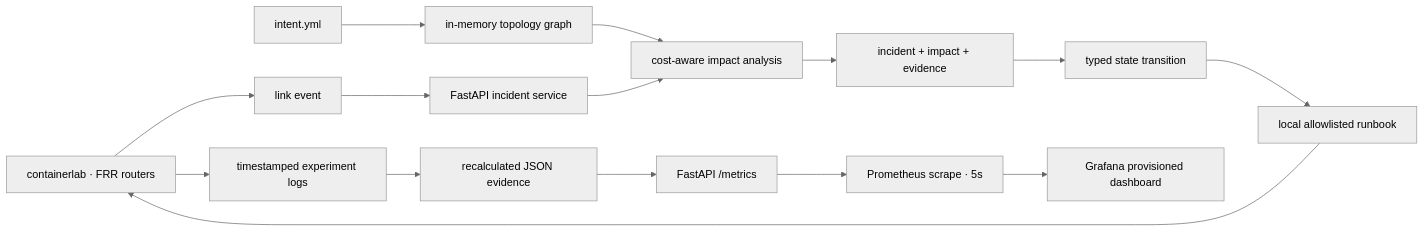
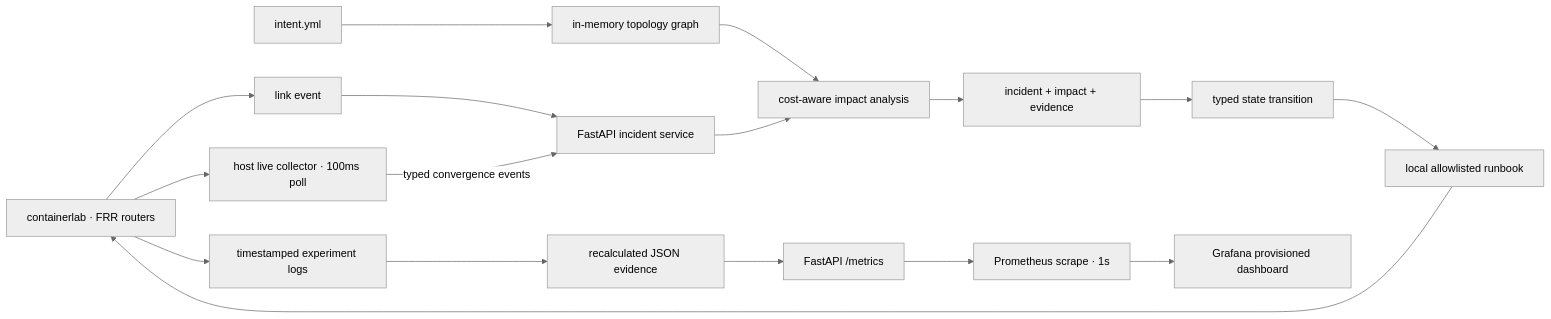
The first of 2 diagrams in docs/ARCHITECTURE.md (teriyakki-jin/telconet-sentinel), drawn with Mermaid (neutral theme) before and after one commit. The commit also changed other lines of this file and 14 other files, not shown here.

First line of the commit message:
feat: add live convergence timeline and containerlab E2E (#7)

````diff
--- a/docs/ARCHITECTURE.md
+++ b/docs/ARCHITECTURE.md
@@ -7,17 +7,19 @@
 ```mermaid
 flowchart LR
     CLAB["containerlab · FRR routers"] --> EVENT["link event"]
     EVENT --> API["FastAPI incident service"]
+    CLAB --> COLLECTOR["host live collector · 100ms poll"]
+    COLLECTOR -->|"typed convergence events"| API
     INTENT["intent.yml"] --> GRAPH["in-memory topology graph"]
     GRAPH --> IMPACT["cost-aware impact analysis"]
     API --> IMPACT
     IMPACT --> INCIDENT["incident + impact + evidence"]
     INCIDENT --> APPROVAL["typed state transition"]
     APPROVAL --> RUNBOOK["local allowlisted runbook"]
     RUNBOOK --> CLAB
     CLAB --> RAW["timestamped experiment logs"]
     RAW --> EVIDENCE["recalculated JSON evidence"]
     EVIDENCE --> METRICS["FastAPI /metrics"]
-    METRICS --> PROM["Prometheus scrape · 5s"]
+    METRICS --> PROM["Prometheus scrape · 1s"]
     PROM --> GRAFANA["Grafana provisioned dashboard"]
 ```
````
